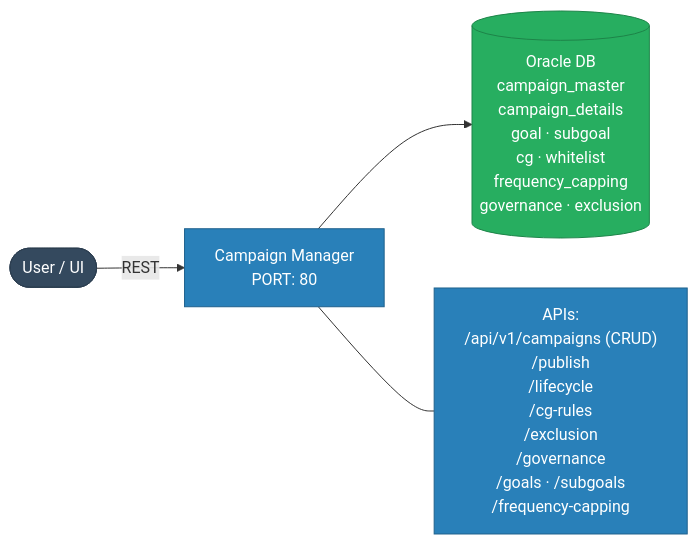
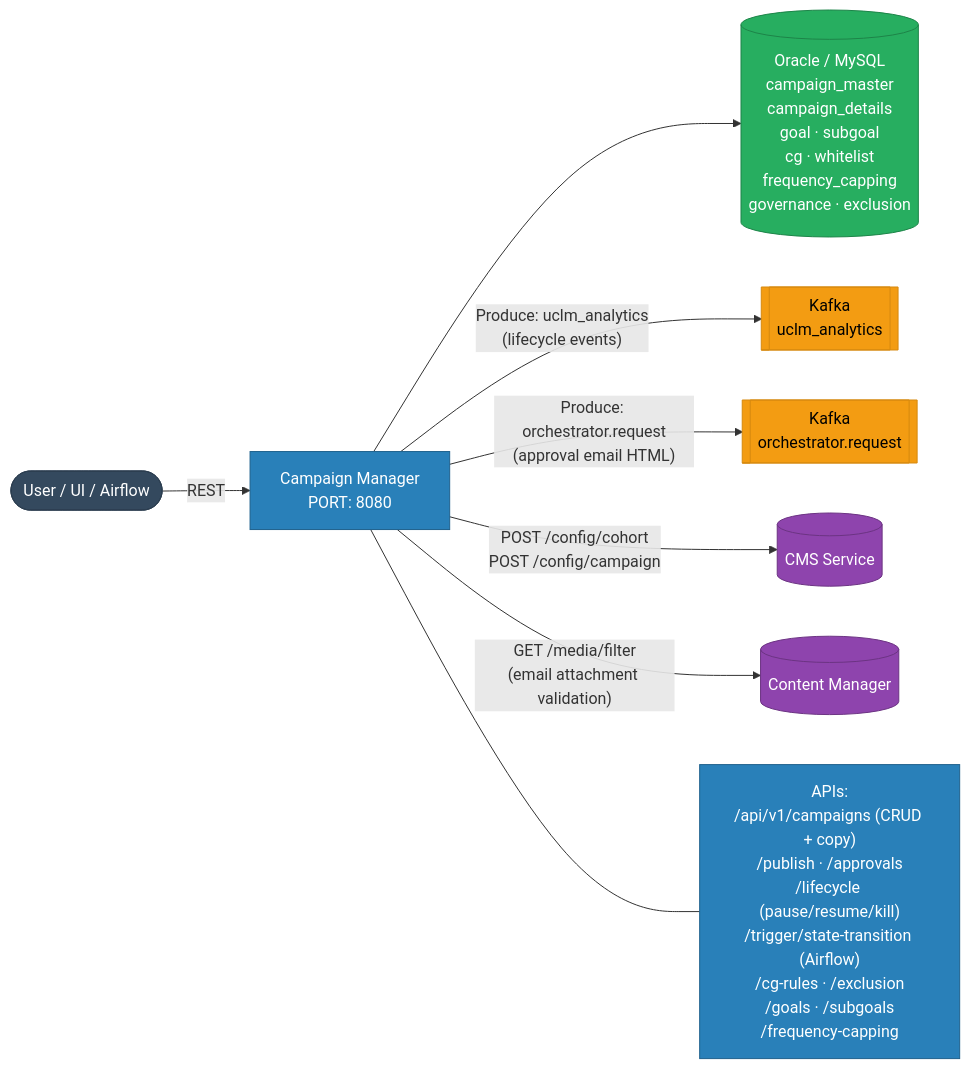
One commit to RamBidiyasar/ulcm-docs changed the first of 10 diagrams in comms-hld/06-service-details.md. Above: the diagram before and after it, drawn with Mermaid. The commit also changed other lines of this file and 5 other files, not shown here.

````diff
--- a/comms-hld/06-service-details.md
+++ b/comms-hld/06-service-details.md
@@ -9,13 +11,23 @@
 ```mermaid
 flowchart LR
-    UI([User / UI]) -->|REST| CM["Campaign Manager\nPORT: 80"]
-    CM --> DB[("Oracle DB\ncampaign_master\ncampaign_details\ngoal · subgoal\ncg · whitelist\nfrequency_capping\ngovernance · exclusion")]
+    UI([User / UI / Airflow]) -->|REST| CM["Campaign Manager\nPORT: 8080"]
 
-    CM --- API["APIs:\n/api/v1/campaigns (CRUD)\n/publish\n/lifecycle\n/cg-rules\n/exclusion\n/governance\n/goals · /subgoals\n/frequency-capping"]
+    CM --> DB[("Oracle / MySQL\ncampaign_master\ncampaign_details\ngoal · subgoal\ncg · whitelist\nfrequency_capping\ngovernance · exclusion")]
+    CM -->|"Produce: uclm_analytics\n(lifecycle events)"| KAFKA[["Kafka\nuclm_analytics"]]
+    CM -->|"Produce: orchestrator.request\n(approval email HTML)"| KAFKA2[["Kafka\norchestrator.request"]]
+    CM -->|"POST /config/cohort\nPOST /config/campaign"| CMS[("CMS Service")]
+    CM -->|"GET /media/filter\n(email attachment validation)"| CONT[("Content Manager")]
+
+    CM --- API["APIs:\n/api/v1/campaigns (CRUD + copy)\n/publish · /approvals\n/lifecycle (pause/resume/kill)\n/trigger/state-transition (Airflow)\n/cg-rules · /exclusion\n/goals · /subgoals\n/frequency-capping"]
+
     classDef svc fill:#2980b9,color:#fff,stroke:#1f618d
     classDef db fill:#27ae60,color:#fff,stroke:#1e8449
+    classDef kafka fill:#f39c12,color:#000,stroke:#d68910
+    classDef ext fill:#8e44ad,color:#fff,stroke:#6c3483
     classDef user fill:#34495e,color:#fff,stroke:#2c3e50
     class DB db
     class API,CM svc
     class UI user
+    class KAFKA,KAFKA2 kafka
+    class CMS,CONT ext
 ```
````
